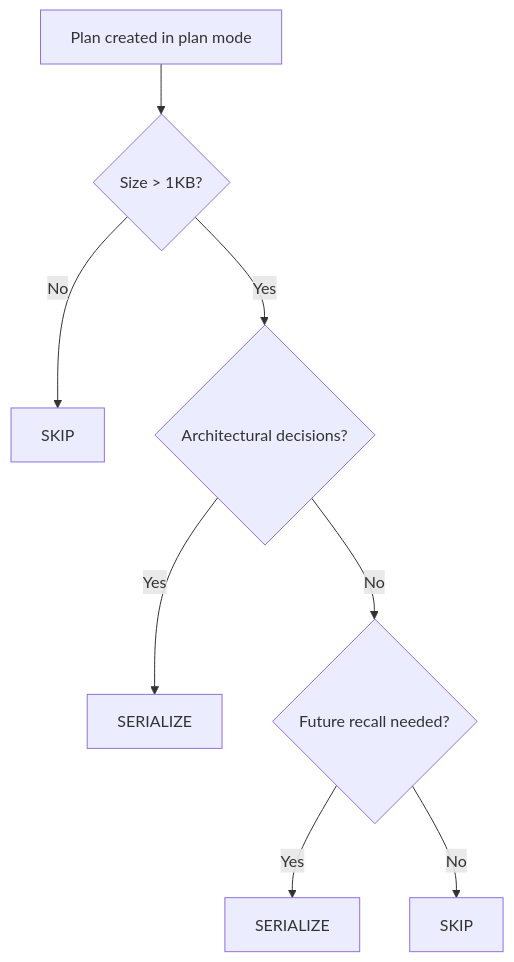
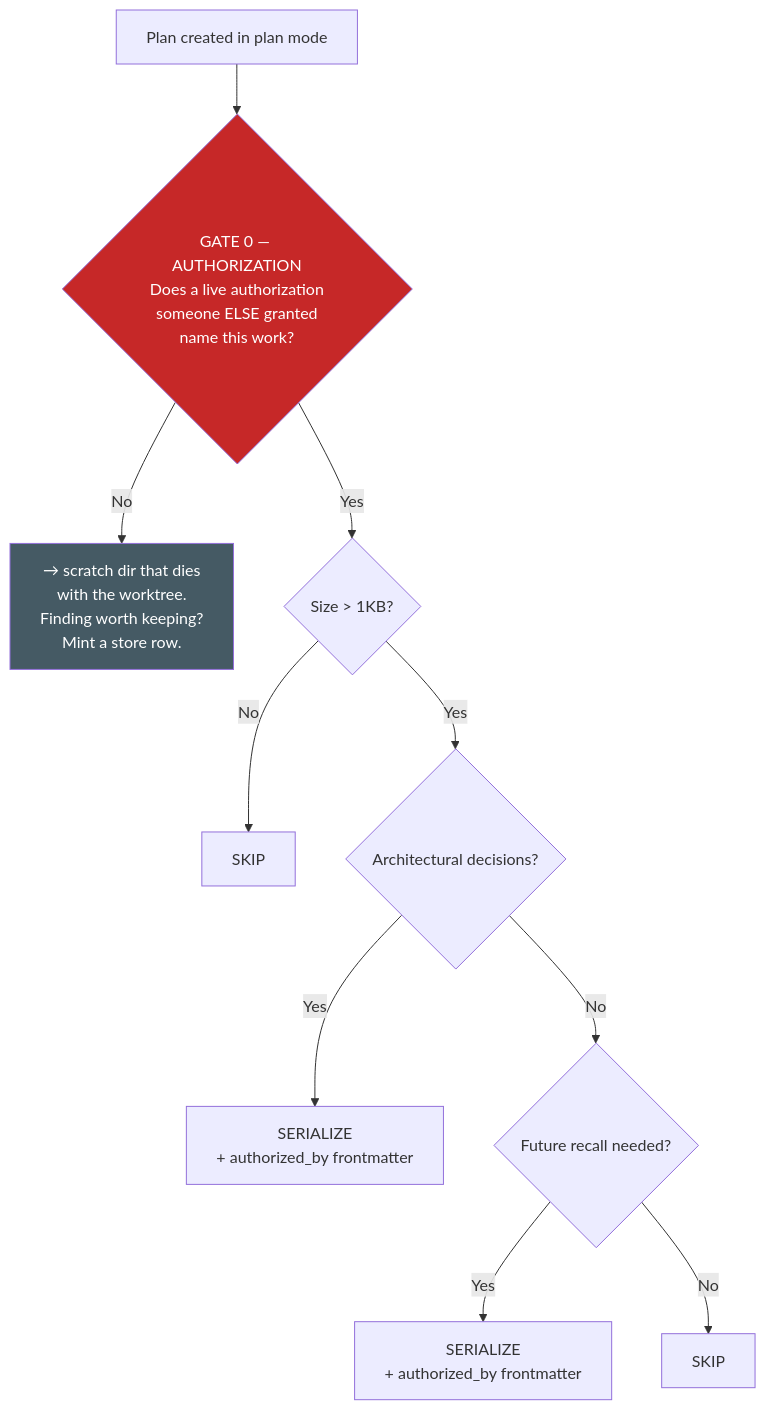
The diagram in workflow/plan-serialization.md (deepily/planning-is-prompting), drawn with Mermaid before and after one commit. The commit also changed other lines of this file and 287 other files, not shown here.

````diff
--- a/workflow/plan-serialization.md
+++ b/workflow/plan-serialization.md
@@ -110,10 +151,15 @@
 ```mermaid
 flowchart TD
-    A[Plan created in plan mode] --> B{Size > 1KB?}
+    A[Plan created in plan mode] --> G{"GATE 0 — AUTHORIZATION<br/>Does a live authorization<br/>someone ELSE granted<br/>name this work?"}
+    G -->|No| SCR["→ scratch dir that dies<br/>with the worktree.<br/>Finding worth keeping?<br/>Mint a store row."]
+    G -->|Yes| B{Size > 1KB?}
     B -->|No| SKIP1[SKIP]
     B -->|Yes| C{Architectural decisions?}
-    C -->|Yes| SER1[SERIALIZE]
+    C -->|Yes| SER1["SERIALIZE<br/>+ authorized_by frontmatter"]
     C -->|No| D{Future recall needed?}
-    D -->|Yes| SER2[SERIALIZE]
+    D -->|Yes| SER2["SERIALIZE<br/>+ authorized_by frontmatter"]
     D -->|No| SKIP2[SKIP]
+
+    style G fill:#c62828,color:#fff
+    style SCR fill:#455a64,color:#fff
 ```
````
